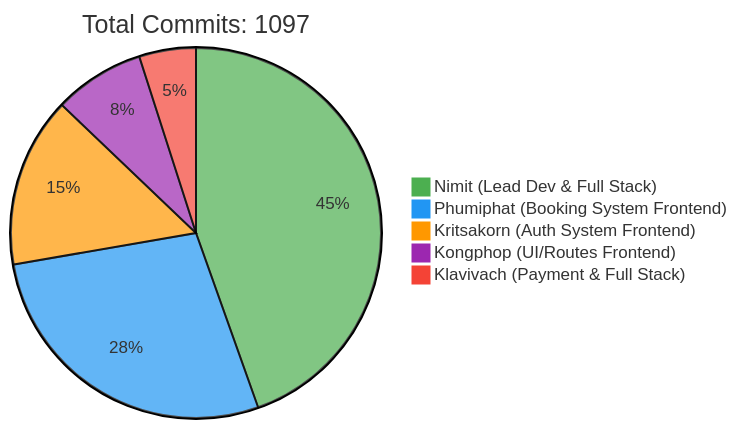
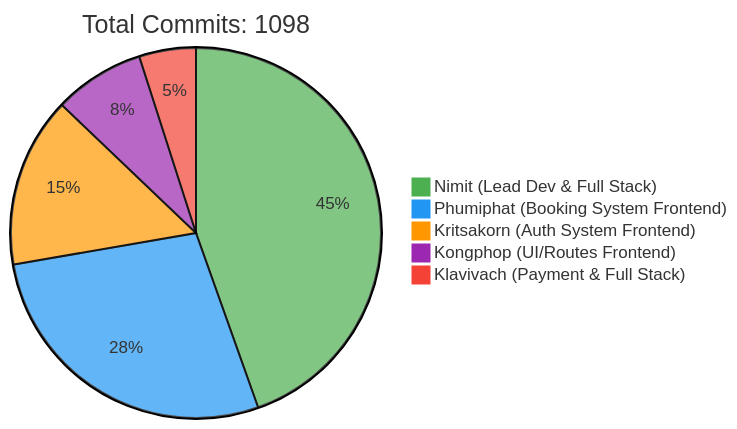
One commit to 6531503042/Sport-Complex changed the first of 2 diagrams in README.md. Above: the diagram before and after it, drawn with Mermaid. The commit also changed other lines of this file, not shown here.

Commit message:
docs: Update contributor statistics [skip ci]

````diff
--- a/README.md
+++ b/README.md
@@ -257,10 +257,10 @@
 ```mermaid
 %%{init: {'theme': 'base', 'themeVariables': { 'pie1': '#4CAF50', 'pie2': '#2196F3', 'pie3': '#FF9800', 'pie4': '#9C27B0', 'pie5': '#F44336'}}}%%
 pie
-    title Total Commits: 1097
+    title Total Commits: 1098
     "Nimit (Lead Dev & Full Stack)" : 450
     "Phumiphat (Booking System Frontend)" : 280
     "Kritsakorn (Auth System Frontend)" : 150
     "Kongphop (UI/Routes Frontend)" : 80
     "Klavivach (Payment & Full Stack)" : 50
 ```
````
